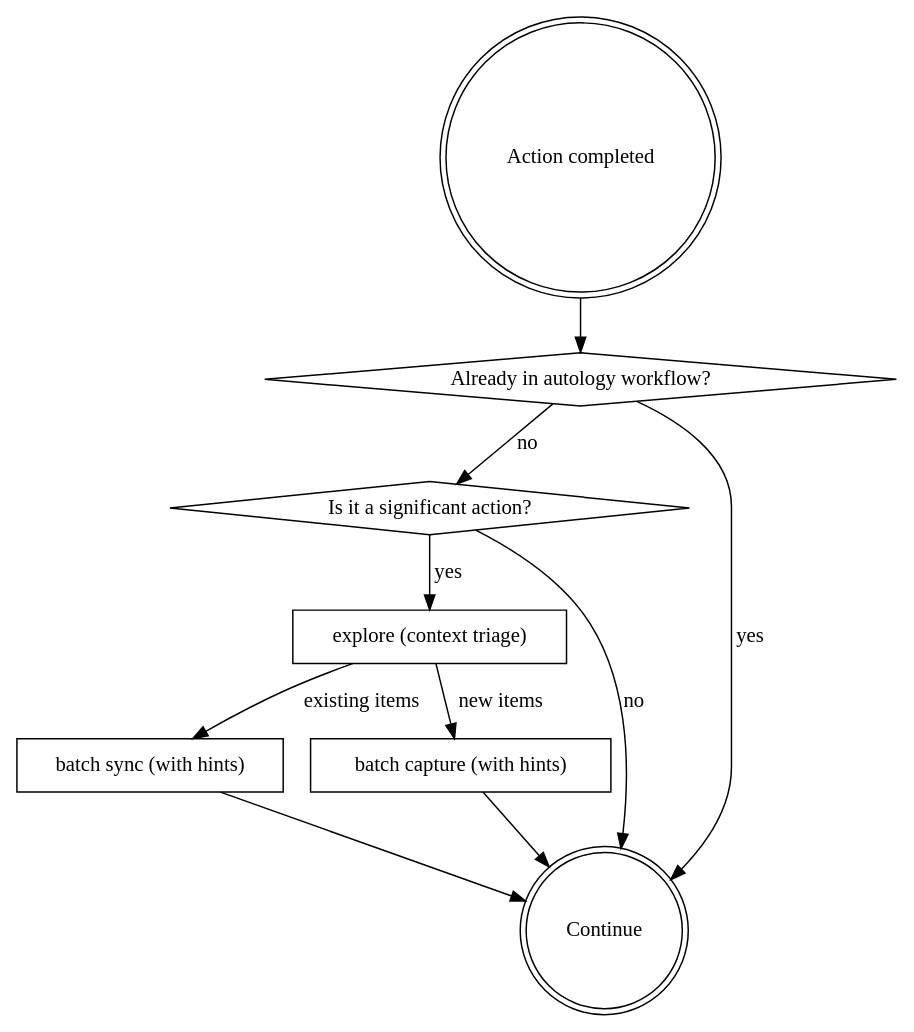
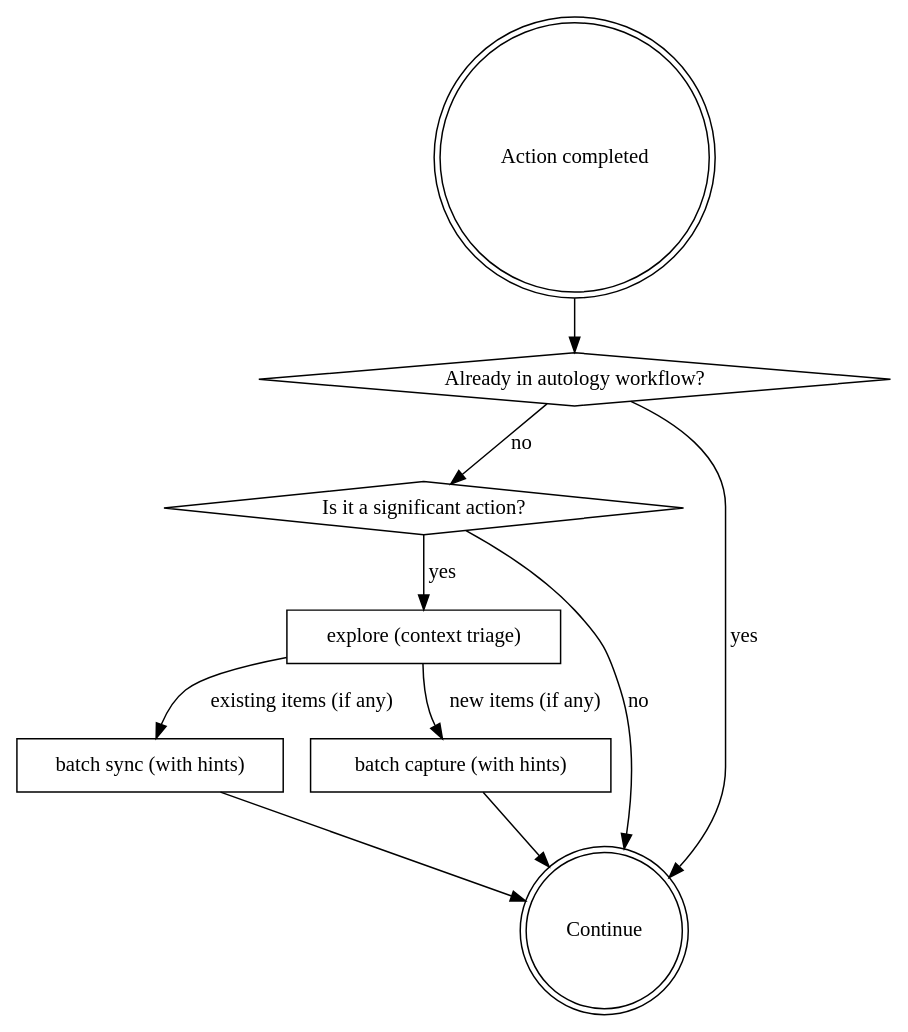
One commit to Curt-Park/autology changed the diagram in skills/autology-workflow/SKILL.md. Above: the diagram before and after it, drawn with Graphviz. The commit also changed other lines of this file and 5 other files, not shown here.

````diff
--- a/skills/autology-workflow/SKILL.md
+++ b/skills/autology-workflow/SKILL.md
@@ -42,21 +42,21 @@
 ```dot
 digraph router {
   "Action completed" [shape=doublecircle];
   "Already in autology workflow?" [shape=diamond];
   "Is it a significant action?" [shape=diamond];
   "explore (context triage)" [shape=box];
   "batch sync (with hints)" [shape=box];
   "batch capture (with hints)" [shape=box];
   "Continue" [shape=doublecircle];
 
   "Action completed" -> "Already in autology workflow?";
   "Already in autology workflow?" -> "Continue" [label="yes"];
   "Already in autology workflow?" -> "Is it a significant action?" [label="no"];
   "Is it a significant action?" -> "explore (context triage)" [label="yes"];
   "Is it a significant action?" -> "Continue" [label="no"];
-  "explore (context triage)" -> "batch sync (with hints)" [label="existing items"];
-  "explore (context triage)" -> "batch capture (with hints)" [label="new items"];
+  "explore (context triage)" -> "batch sync (with hints)" [label="existing items (if any)"];
+  "explore (context triage)" -> "batch capture (with hints)" [label="new items (if any)"];
   "batch sync (with hints)" -> "Continue";
   "batch capture (with hints)" -> "Continue";
 }
 ```
````
